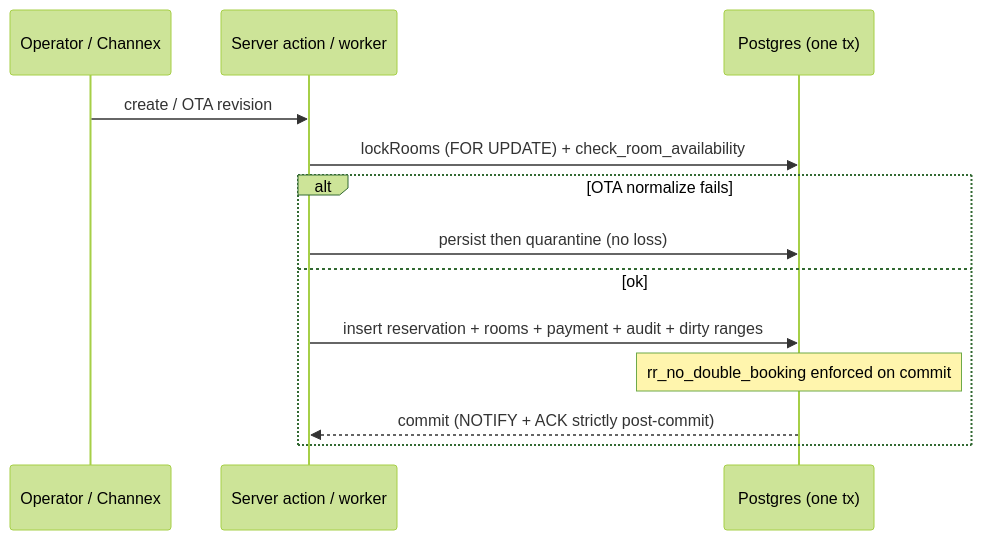
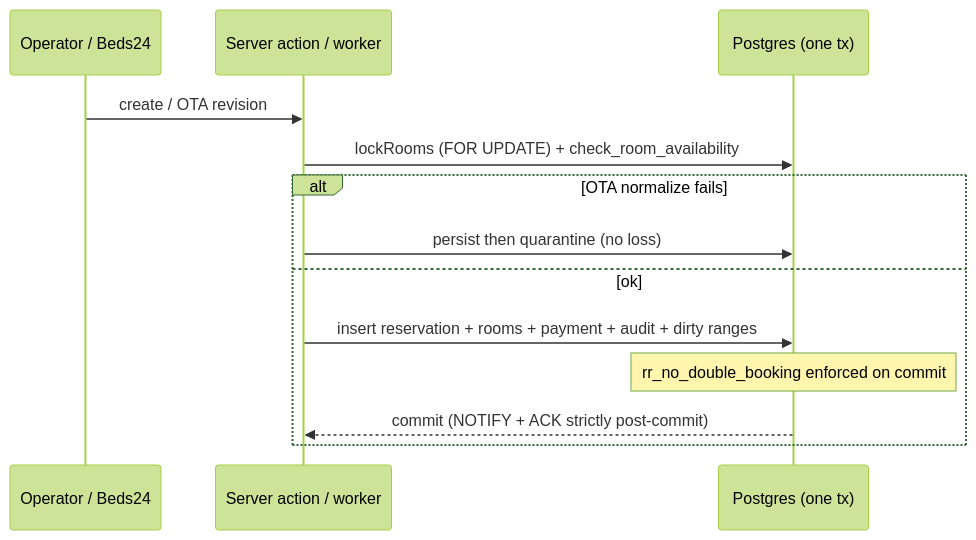
The second of 2 diagrams in docs/architecture/RESERVATION_LIFECYCLE.md (Ronus922/GuestHub), drawn with Mermaid (forest theme) before and after one commit. The commit also changed other lines of this file and 43 other files, not shown here.

````diff
--- a/docs/architecture/RESERVATION_LIFECYCLE.md
+++ b/docs/architecture/RESERVATION_LIFECYCLE.md
@@ -78,15 +78,15 @@
 ```mermaid
 sequenceDiagram
-    participant OP as Operator / Channex
+    participant OP as Operator / Beds24
     participant SVC as Server action / worker
     participant DB as Postgres (one tx)
     OP->>SVC: create / OTA revision
     SVC->>DB: lockRooms (FOR UPDATE) + check_room_availability
     alt OTA normalize fails
         SVC->>DB: persist then quarantine (no loss)
     else ok
         SVC->>DB: insert reservation + rooms + payment + audit + dirty ranges
         Note over DB: rr_no_double_booking enforced on commit
         DB-->>SVC: commit (NOTIFY + ACK strictly post-commit)
     end
 ```
````
